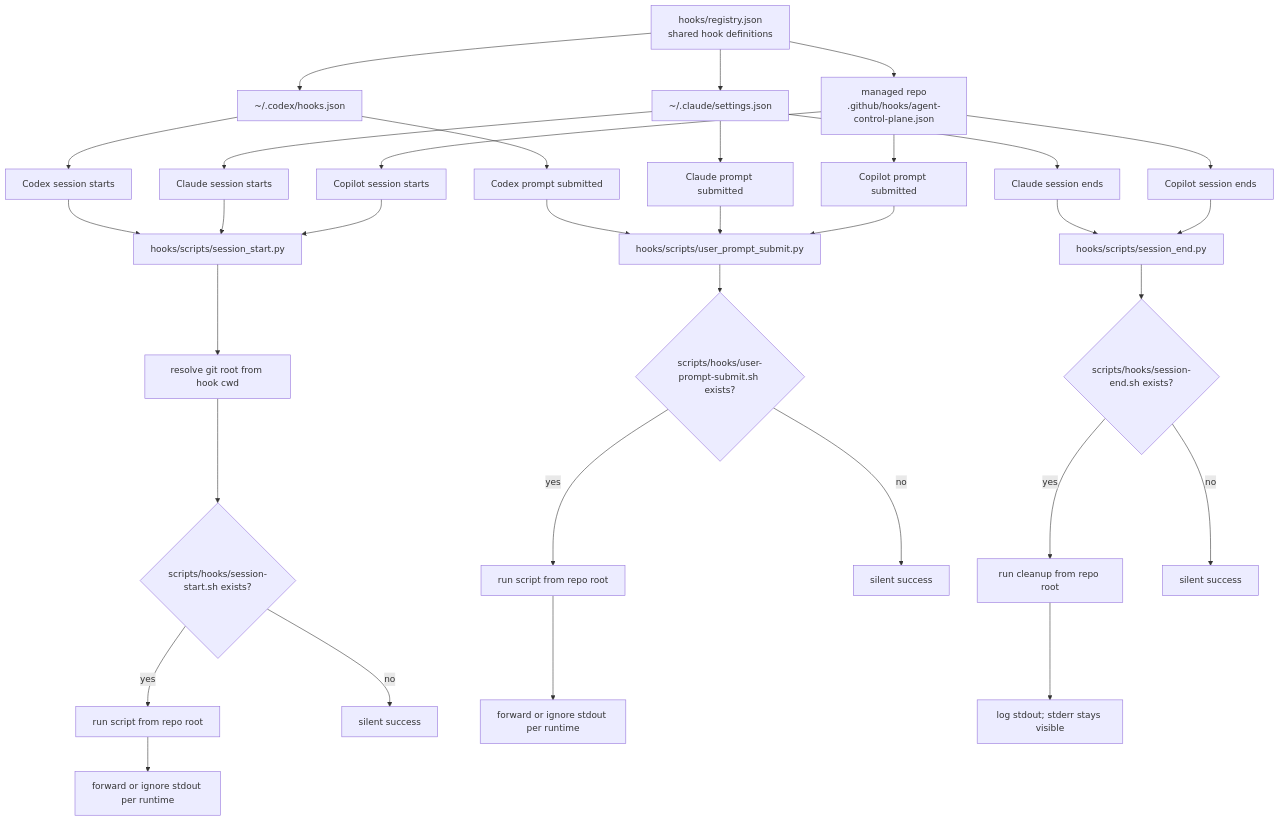
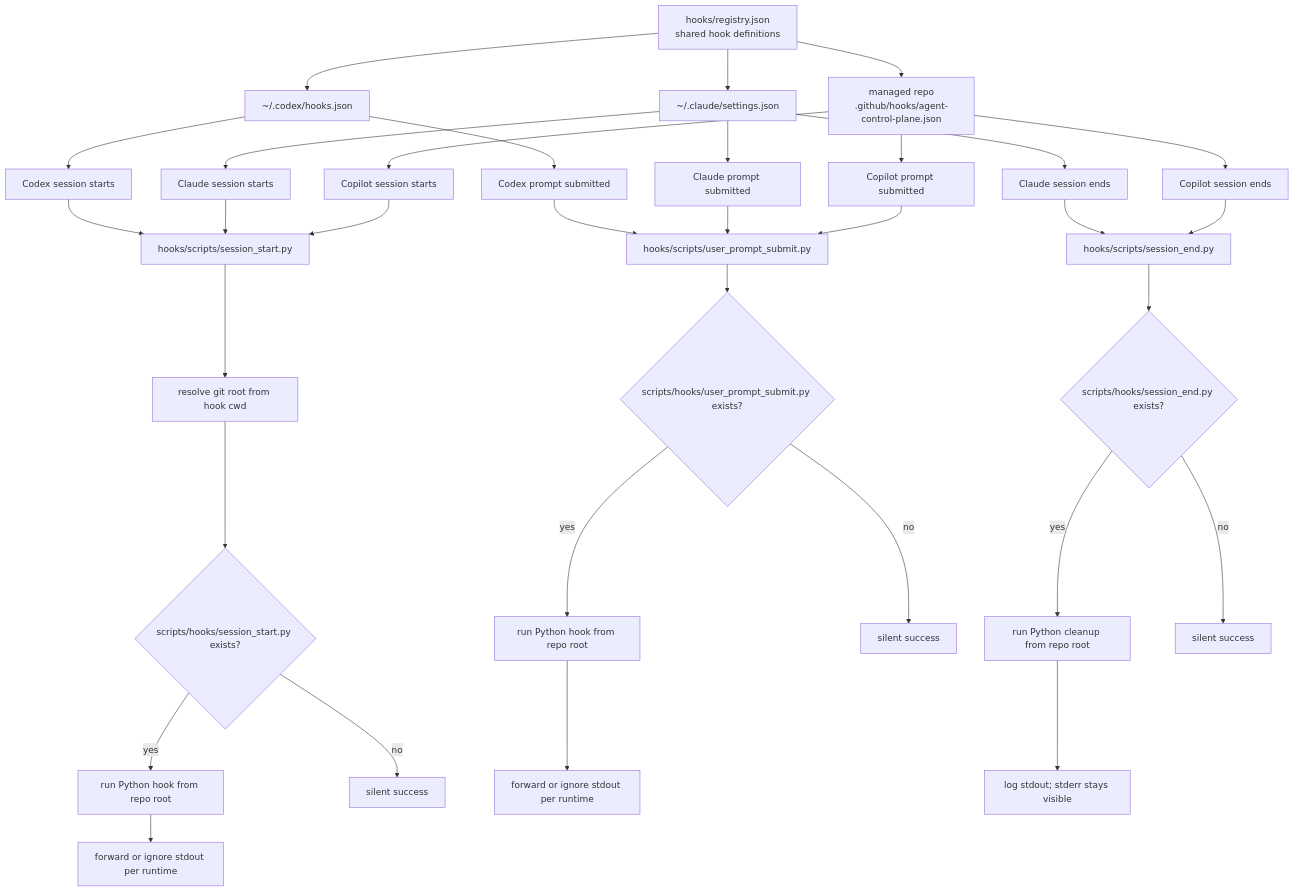
Before and after one commit to wisdom-in-a-nutshell/.agents: the fourth of 6 diagrams in docs/architecture/codex-control-plane-script-flows.md, drawn with Mermaid. The commit also changed other lines of this file and 10 other files, not shown here.

````diff
--- a/docs/architecture/codex-control-plane-script-flows.md
+++ b/docs/architecture/codex-control-plane-script-flows.md
@@ -132,35 +132,35 @@
 ```mermaid
 flowchart TD
     A[hooks/registry.json<br/>shared hook definitions] --> B[~/.codex/hooks.json]
     A --> C[~/.claude/settings.json]
     A --> Y[managed repo<br/>.github/hooks/agent-control-plane.json]
     B --> D[Codex session starts]
     C --> E[Claude session starts]
     Y --> Z[Copilot session starts]
     D --> F[hooks/scripts/session_start.py]
     E --> F
     Z --> F
     F --> G[resolve git root from hook cwd]
-    G --> H{scripts/hooks/session-start.sh exists?}
-    H -->|yes| I[run script from repo root]
+    G --> H{scripts/hooks/session_start.py exists?}
+    H -->|yes| I[run Python hook from repo root]
     I --> J[forward or ignore stdout per runtime]
     H -->|no| K[silent success]
     B --> L[Codex prompt submitted]
     C --> M[Claude prompt submitted]
     Y --> M2[Copilot prompt submitted]
     L --> N[hooks/scripts/user_prompt_submit.py]
     M --> N
     M2 --> N
-    N --> O{scripts/hooks/user-prompt-submit.sh exists?}
-    O -->|yes| P[run script from repo root]
+    N --> O{scripts/hooks/user_prompt_submit.py exists?}
+    O -->|yes| P[run Python hook from repo root]
     P --> Q[forward or ignore stdout per runtime]
     O -->|no| R[silent success]
     C --> S[Claude session ends]
     Y --> S2[Copilot session ends]
     S --> T[hooks/scripts/session_end.py]
     S2 --> T
-    T --> U{scripts/hooks/session-end.sh exists?}
-    U -->|yes| V[run cleanup from repo root]
+    T --> U{scripts/hooks/session_end.py exists?}
+    U -->|yes| V[run Python cleanup from repo root]
     V --> W[log stdout; stderr stays visible]
     U -->|no| X[silent success]
 ```
````
